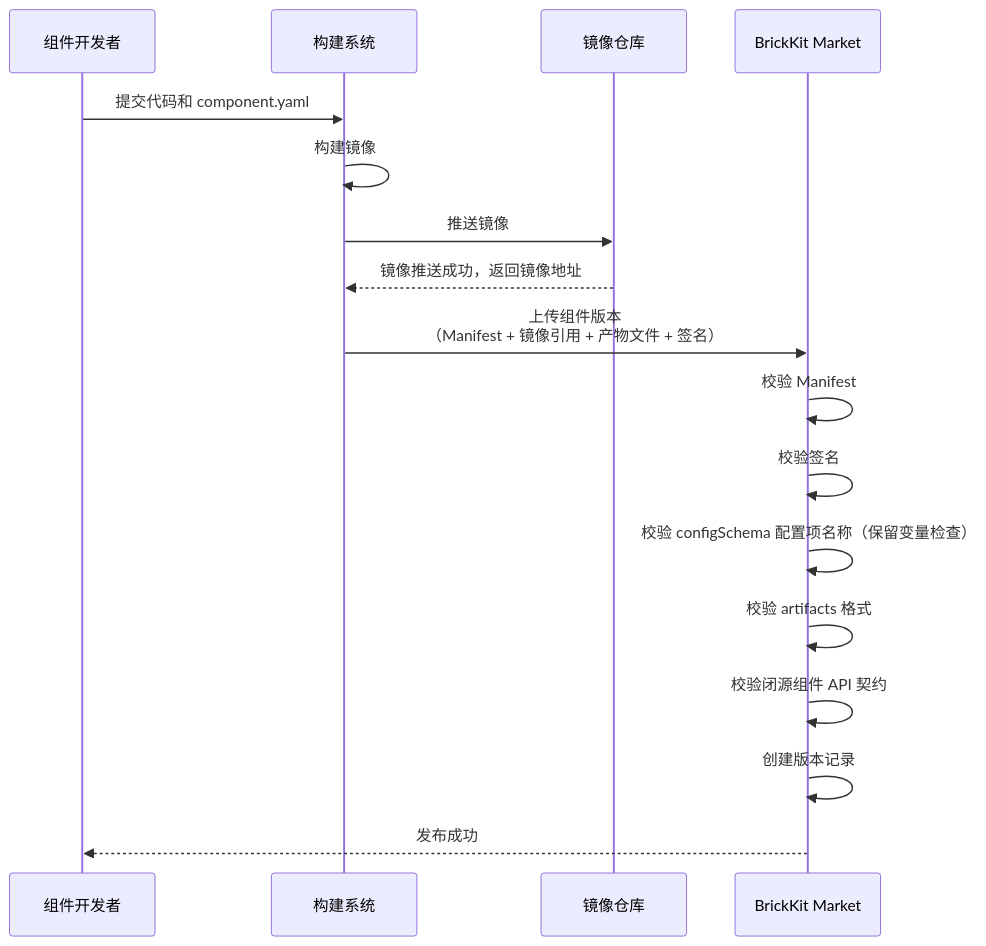
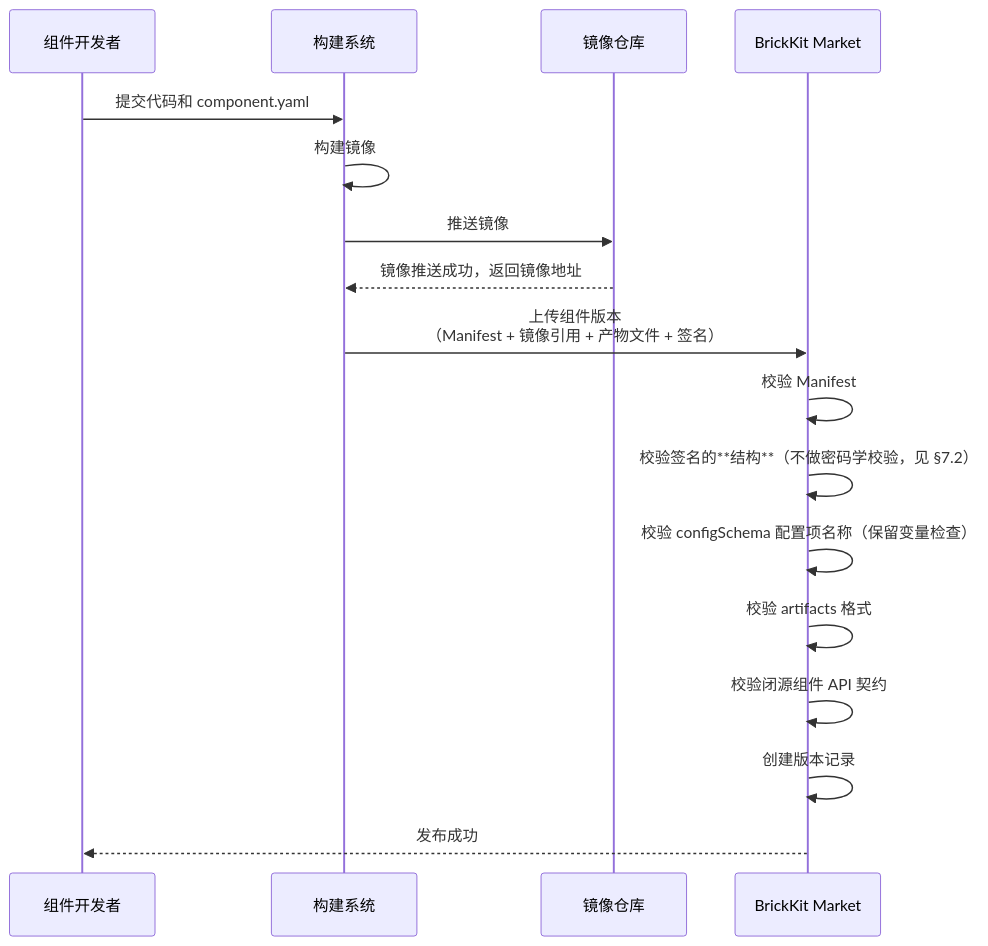
The third of 12 diagrams in design/007-组件市场设计.md (brickKit/brickKit), drawn with Mermaid before and after one commit. The commit also changed other lines of this file and 40 other files, not shown here.

````diff
--- a/design/007-组件市场设计.md
+++ b/design/007-组件市场设计.md
@@ -168,20 +168,20 @@
 ```mermaid
 sequenceDiagram
       participant Dev as 组件开发者
       participant CI as 构建系统
       participant Registry as 镜像仓库
       participant Market as BrickKit Market
 
       Dev->>CI: 提交代码和 component.yaml
       CI->>CI: 构建镜像
       CI->>Registry: 推送镜像
       Registry-->>CI: 镜像推送成功，返回镜像地址
       CI->>Market: 上传组件版本<br/>（Manifest + 镜像引用 + 产物文件 + 签名）
       Market->>Market: 校验 Manifest
-      Market->>Market: 校验签名
+      Market->>Market: 校验签名的**结构**（不做密码学校验，见 §7.2）
       Market->>Market: 校验 configSchema 配置项名称（保留变量检查）
       Market->>Market: 校验 artifacts 格式
       Market->>Market: 校验闭源组件 API 契约
       Market->>Market: 创建版本记录
       Market-->>Dev: 发布成功
 ```
````
